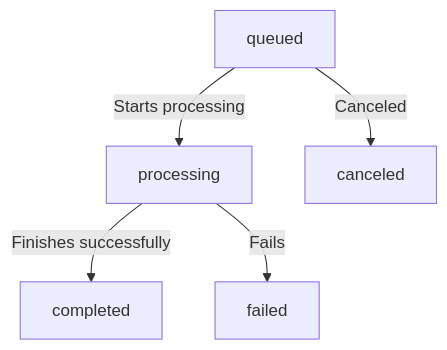
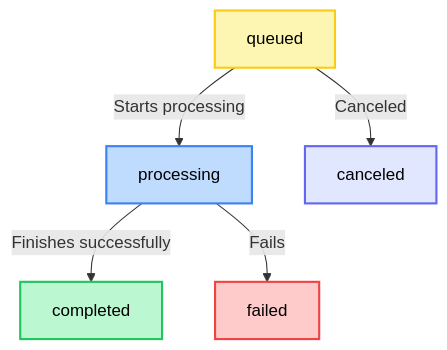
One commit to welovemedia/ffmate-docs changed the diagram in docs/tasks.md. Above: the diagram before and after it, drawn with Mermaid. The commit also changed other lines of this file and 1 other file, not shown here.

````diff
--- a/docs/tasks.md
+++ b/docs/tasks.md
@@ -18,7 +25,19 @@
 ```mermaid
 graph TD;
     queued -->|Starts processing| processing;
     processing -->|Finishes successfully| completed;
     processing -->|Fails| failed;
     queued -->|Canceled| canceled;
+
+    classDef queued fill:#fdf6b2,stroke:#facc15,stroke-width:2px,color:#000;
+    classDef processing fill:#bfdbfe,stroke:#3b82f6,stroke-width:2px,color:#000;
+    classDef completed fill:#bbf7d0,stroke:#22c55e,stroke-width:2px,color:#000;
+    classDef failed fill:#fecaca,stroke:#ef4444,stroke-width:2px,color:#000;
+    classDef canceled fill:#e0e7ff,stroke:#6366f1,stroke-width:2px,color:#000;
+
+    class queued queued;
+    class processing processing;
+    class completed completed;
+    class failed failed;
+    class canceled canceled;
 ```
````
